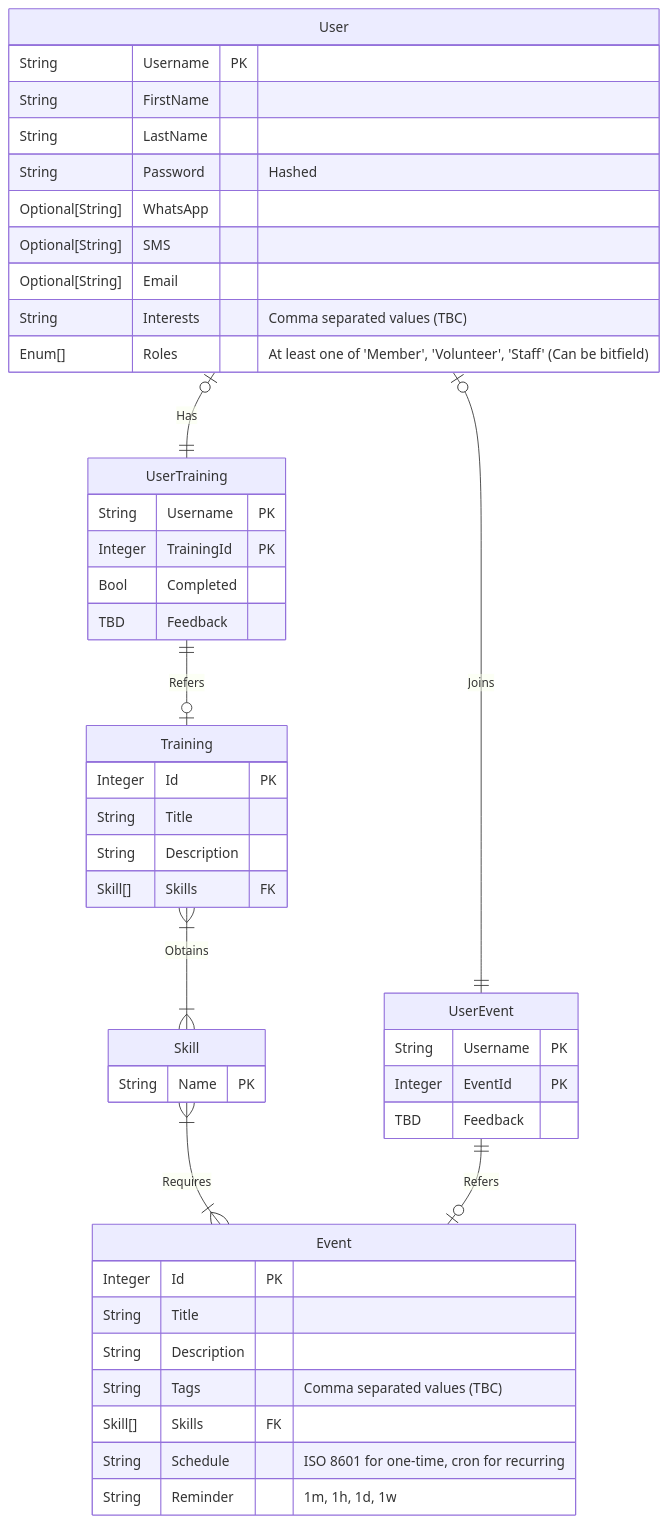
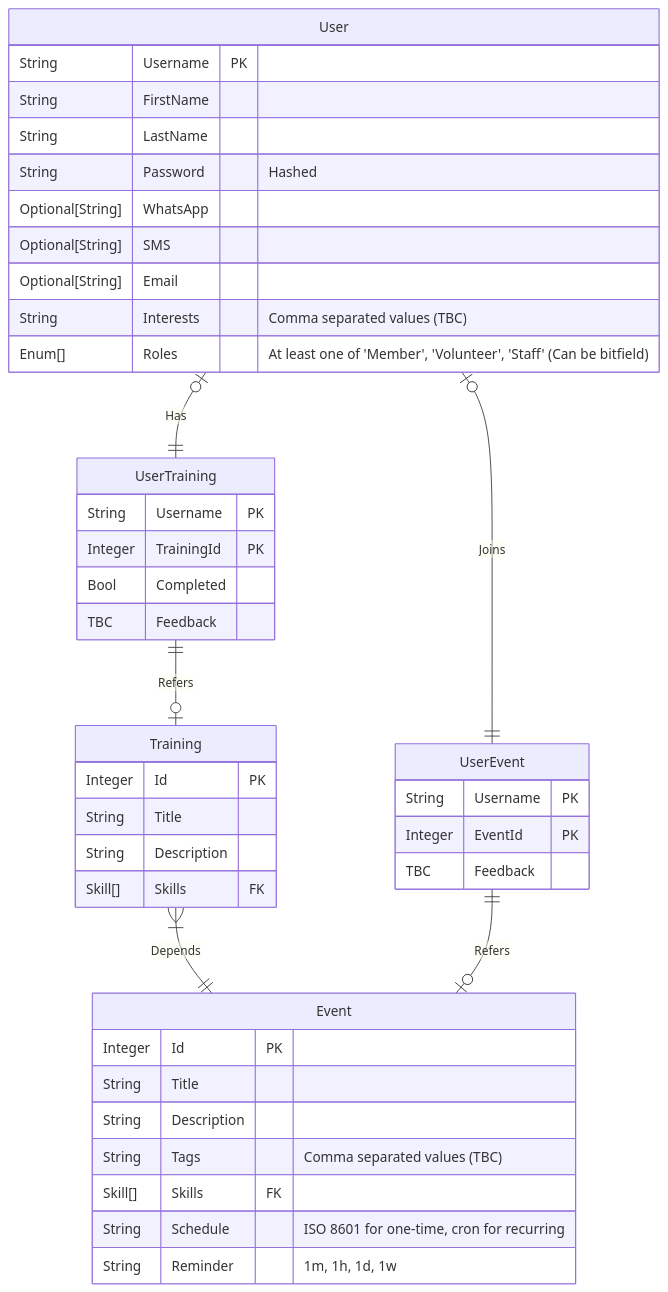
The diagram in server/README.md (Code-To-Give-Team14/code-to-give), drawn with Mermaid before and after one commit.

Commit message:
Update ER Diagram

````diff
--- a/server/README.md
+++ b/server/README.md
@@ -7,55 +7,50 @@
 ```mermaid
 erDiagram
     User {
         String Username PK
         String FirstName
         String LastName
         String Password "Hashed"
         Optional[String] WhatsApp
         Optional[String] SMS
         Optional[String] Email
         String Interests "Comma separated values (TBC)"
         Enum[] Roles "At least one of 'Member', 'Volunteer', 'Staff' (Can be bitfield)"
     }
 
     UserTraining {
         String Username PK
         Integer TrainingId PK
         Bool Completed
-        TBD Feedback
+        TBC Feedback
     }
 
     Training {
         Integer Id PK
         String Title
         String Description
         Skill[] Skills FK
     }
 
-    Skill {
-        String Name PK
-    }
-
     UserEvent {
         String Username PK
         Integer EventId PK
-        TBD Feedback
+        TBC Feedback
     }
 
     Event {
         Integer Id PK
         String Title
         String Description
         String Tags "Comma separated values (TBC)"
         Skill[] Skills FK
         String Schedule "ISO 8601 for one-time, cron for recurring"
         String Reminder "1m, 1h, 1d, 1w"
     }
 
     User |o--|| UserTraining: Has
     UserTraining ||--o| Training: Refers
-    Training }|--|{ Skill: Obtains
-    Skill }|--|{ Event: Requires
+    Training }|--|| Event: Depends
     User |o--|| UserEvent: Joins
     UserEvent ||--o| Event: Refers
 ```
````
